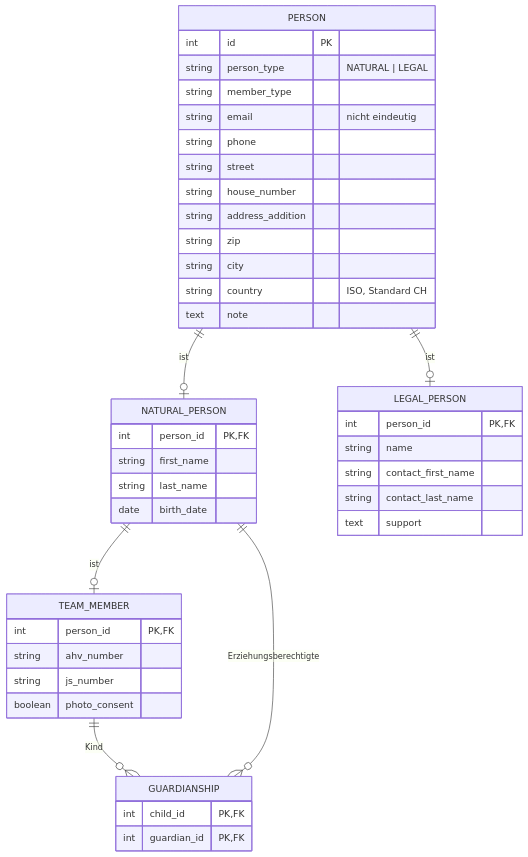
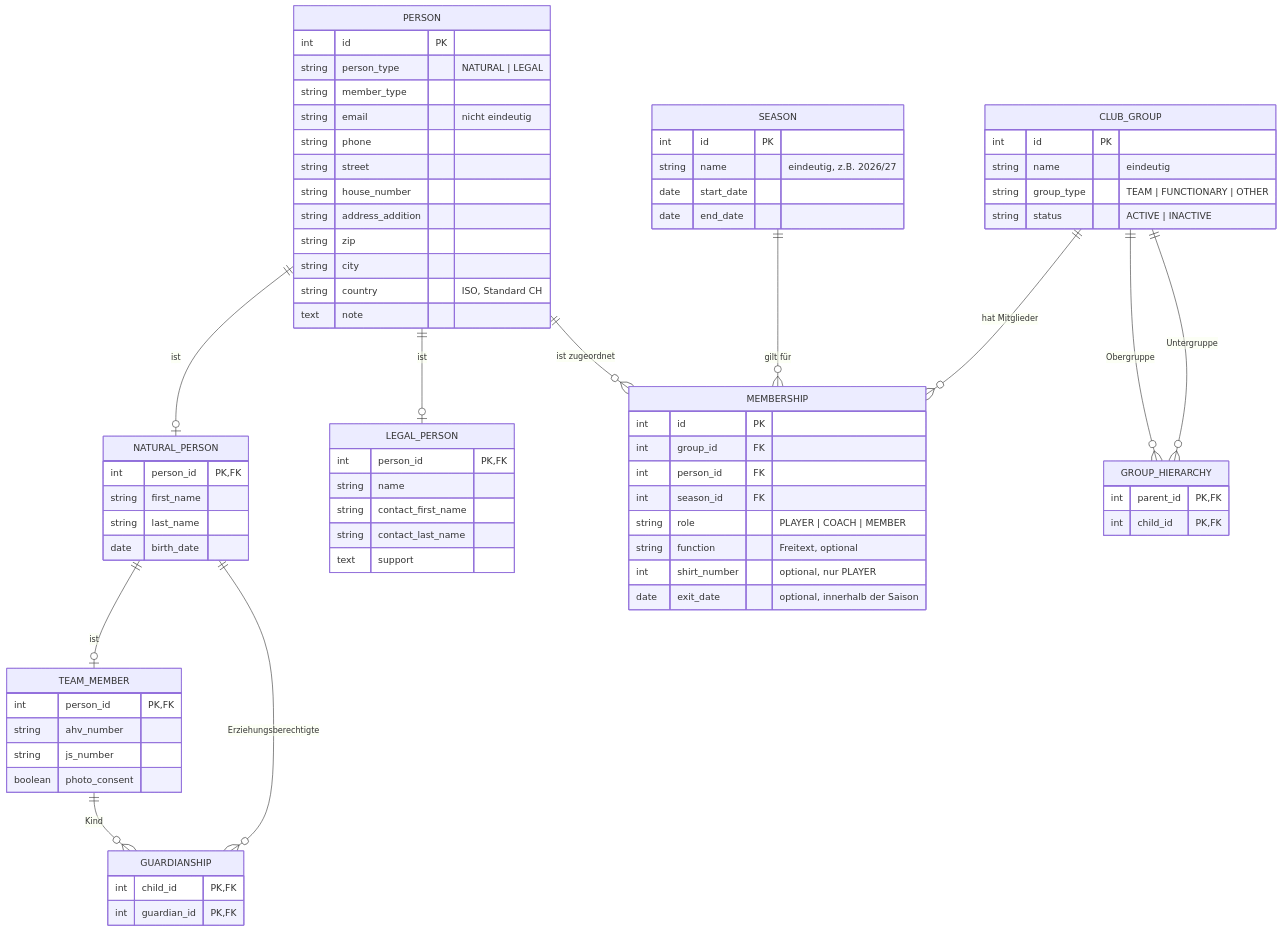
The diagram in specifications/diagrams/sprint1_erm.mmd (ghwalin/clubhuesli), drawn with Mermaid before and after one commit. The commit also changed 20 other files, not shown here.

```diff
--- a/specifications/diagrams/sprint1_erm.mmd
+++ b/specifications/diagrams/sprint1_erm.mmd
@@ -1,44 +1,75 @@
 erDiagram
     PERSON ||--o| NATURAL_PERSON : "ist"
     PERSON ||--o| LEGAL_PERSON : "ist"
     NATURAL_PERSON ||--o| TEAM_MEMBER : "ist"
     TEAM_MEMBER ||--o{ GUARDIANSHIP : "Kind"
     NATURAL_PERSON ||--o{ GUARDIANSHIP : "Erziehungsberechtigte"
+    PERSON ||--o{ MEMBERSHIP : "ist zugeordnet"
+    CLUB_GROUP ||--o{ MEMBERSHIP : "hat Mitglieder"
+    SEASON ||--o{ MEMBERSHIP : "gilt für"
+    CLUB_GROUP ||--o{ GROUP_HIERARCHY : "Obergruppe"
+    CLUB_GROUP ||--o{ GROUP_HIERARCHY : "Untergruppe"
 
     PERSON {
         int id PK
         string person_type "NATURAL | LEGAL"
         string member_type
         string email "nicht eindeutig"
         string phone
         string street
         string house_number
         string address_addition
         string zip
         string city
         string country "ISO, Standard CH"
         text note
     }
     NATURAL_PERSON {
         int person_id PK, FK
         string first_name
         string last_name
         date birth_date
     }
     TEAM_MEMBER {
         int person_id PK, FK
         string ahv_number
         string js_number
         boolean photo_consent
     }
     LEGAL_PERSON {
         int person_id PK, FK
         string name
         string contact_first_name
         string contact_last_name
         text support
     }
     GUARDIANSHIP {
         int child_id PK, FK
         int guardian_id PK, FK
     }
+    SEASON {
+        int id PK
+        string name "eindeutig, z.B. 2026/27"
+        date start_date
+        date end_date
+    }
+    CLUB_GROUP {
+        int id PK
+        string name "eindeutig"
+        string group_type "TEAM | FUNCTIONARY | OTHER"
+        string status "ACTIVE | INACTIVE"
+    }
+    GROUP_HIERARCHY {
+        int parent_id PK, FK
+        int child_id PK, FK
+    }
+    MEMBERSHIP {
+        int id PK
+        int group_id FK
+        int person_id FK
+        int season_id FK
+        string role "PLAYER | COACH | MEMBER"
+        string function "Freitext, optional"
+        int shirt_number "optional, nur PLAYER"
+        date exit_date "optional, innerhalb der Saison"
+    }
```
